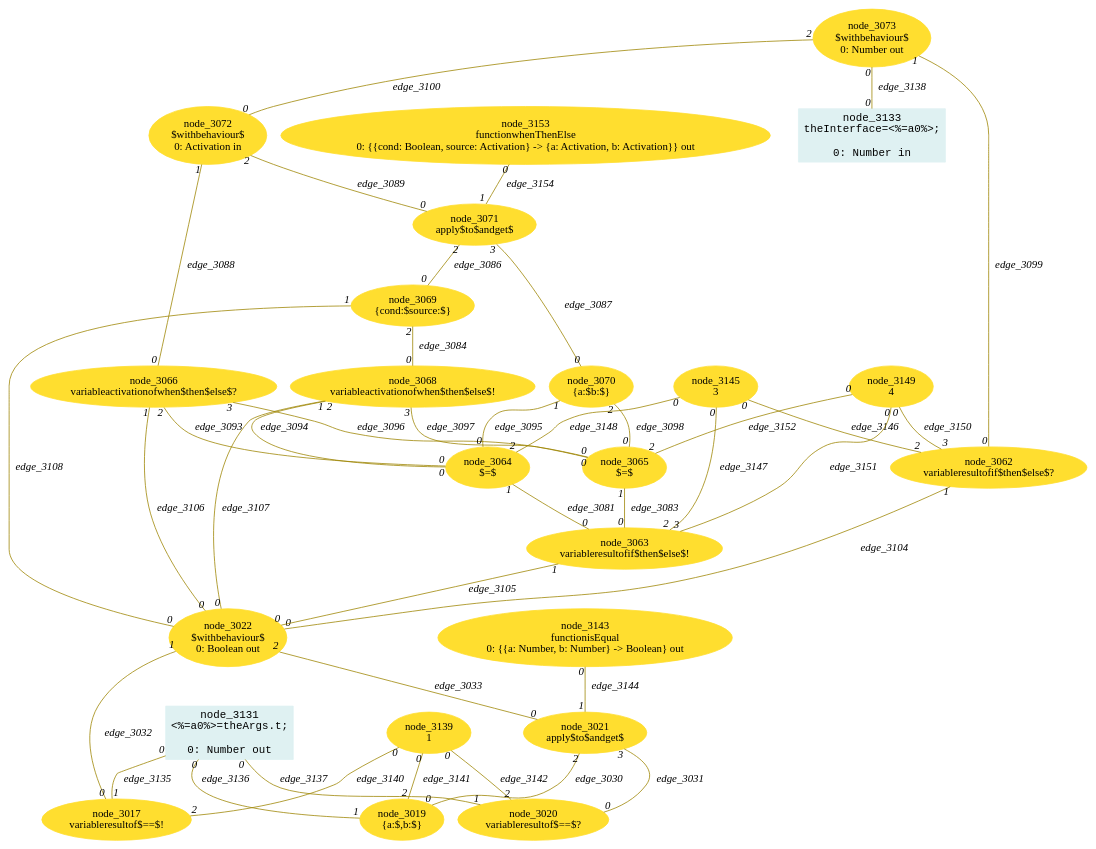
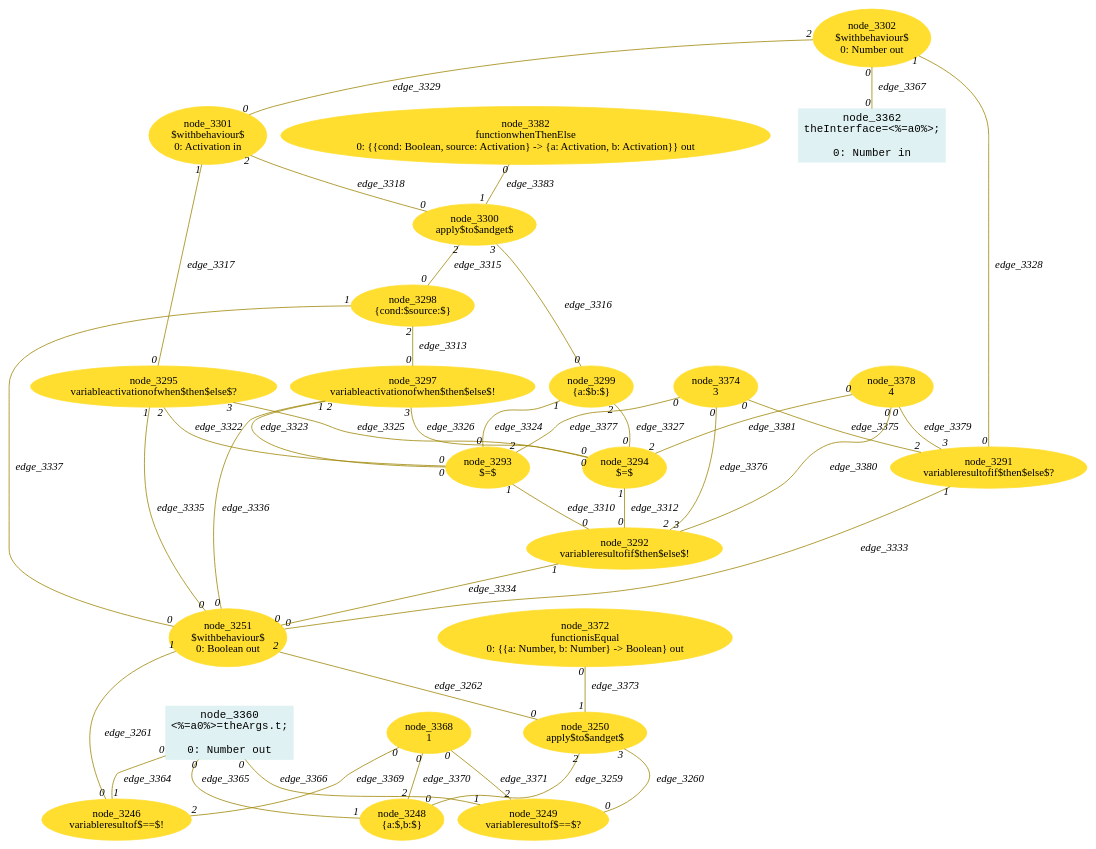
Before and after one commit to crubier/lidl: the diagram in lidl-core/example/ok/definitionofIfThenElse/dot/13referentialTransparencyInstances1.dot, drawn with Graphviz. The commit also changed 2396 other files, not shown here.

Commit message:
ok but make flow does not work

```diff
--- a/lidl-core/example/ok/definitionofIfThenElse/dot/13referentialTransparencyInstances1.dot
+++ b/lidl-core/example/ok/definitionofIfThenElse/dot/13referentialTransparencyInstances1.dot
@@ -1,111 +1,111 @@
-digraph g{node_3017 [shape="ellipse", style="filled", color="#ffde2f", fontname="Times", label="node_3017
+digraph g{node_3246 [shape="ellipse", style="filled", color="#ffde2f", fontname="Times", label="node_3246
 variableresultof$==$!
 " ]
-node_3019 [shape="ellipse", style="filled", color="#ffde2f", fontname="Times", label="node_3019
+node_3248 [shape="ellipse", style="filled", color="#ffde2f", fontname="Times", label="node_3248
 {a:$,b:$}
 " ]
-node_3020 [shape="ellipse", style="filled", color="#ffde2f", fontname="Times", label="node_3020
+node_3249 [shape="ellipse", style="filled", color="#ffde2f", fontname="Times", label="node_3249
 variableresultof$==$?
 " ]
-node_3021 [shape="ellipse", style="filled", color="#ffde2f", fontname="Times", label="node_3021
+node_3250 [shape="ellipse", style="filled", color="#ffde2f", fontname="Times", label="node_3250
 apply$to$andget$
 " ]
-node_3022 [shape="ellipse", style="filled", color="#ffde2f", fontname="Times", label="node_3022
+node_3251 [shape="ellipse", style="filled", color="#ffde2f", fontname="Times", label="node_3251
 $withbehaviour$
 0: Boolean out" ]
-node_3062 [shape="ellipse", style="filled", color="#ffde2f", fontname="Times", label="node_3062
+node_3291 [shape="ellipse", style="filled", color="#ffde2f", fontname="Times", label="node_3291
 variableresultofif$then$else$?
 " ]
-node_3063 [shape="ellipse", style="filled", color="#ffde2f", fontname="Times", label="node_3063
+node_3292 [shape="ellipse", style="filled", color="#ffde2f", fontname="Times", label="node_3292
 variableresultofif$then$else$!
 " ]
-node_3064 [shape="ellipse", style="filled", color="#ffde2f", fontname="Times", label="node_3064
+node_3293 [shape="ellipse", style="filled", color="#ffde2f", fontname="Times", label="node_3293
 $=$
 " ]
-node_3065 [shape="ellipse", style="filled", color="#ffde2f", fontname="Times", label="node_3065
+node_3294 [shape="ellipse", style="filled", color="#ffde2f", fontname="Times", label="node_3294
 $=$
 " ]
-node_3066 [shape="ellipse", style="filled", color="#ffde2f", fontname="Times", label="node_3066
+node_3295 [shape="ellipse", style="filled", color="#ffde2f", fontname="Times", label="node_3295
 variableactivationofwhen$then$else$?
 " ]
-node_3068 [shape="ellipse", style="filled", color="#ffde2f", fontname="Times", label="node_3068
+node_3297 [shape="ellipse", style="filled", color="#ffde2f", fontname="Times", label="node_3297
 variableactivationofwhen$then$else$!
 " ]
-node_3069 [shape="ellipse", style="filled", color="#ffde2f", fontname="Times", label="node_3069
+node_3298 [shape="ellipse", style="filled", color="#ffde2f", fontname="Times", label="node_3298
 {cond:$source:$}
 " ]
-node_3070 [shape="ellipse", style="filled", color="#ffde2f", fontname="Times", label="node_3070
+node_3299 [shape="ellipse", style="filled", color="#ffde2f", fontname="Times", label="node_3299
 {a:$b:$}
 " ]
-node_3071 [shape="ellipse", style="filled", color="#ffde2f", fontname="Times", label="node_3071
+node_3300 [shape="ellipse", style="filled", color="#ffde2f", fontname="Times", label="node_3300
 apply$to$andget$
 " ]
-node_3072 [shape="ellipse", style="filled", color="#ffde2f", fontname="Times", label="node_3072
+node_3301 [shape="ellipse", style="filled", color="#ffde2f", fontname="Times", label="node_3301
 $withbehaviour$
 0: Activation in" ]
-node_3073 [shape="ellipse", style="filled", color="#ffde2f", fontname="Times", label="node_3073
+node_3302 [shape="ellipse", style="filled", color="#ffde2f", fontname="Times", label="node_3302
 $withbehaviour$
 0: Number out" ]
-node_3131 [shape="box", style="filled", color="#dff1f2", fontname="Courier", label="node_3131
+node_3360 [shape="box", style="filled", color="#dff1f2", fontname="Courier", label="node_3360
 <%=a0%>=theArgs.t;
 
 0: Number out" ]
-node_3133 [shape="box", style="filled", color="#dff1f2", fontname="Courier", label="node_3133
+node_3362 [shape="box", style="filled", color="#dff1f2", fontname="Courier", label="node_3362
 theInterface=<%=a0%>;
 
 0: Number in" ]
-node_3139 [shape="ellipse", style="filled", color="#ffde2f", fontname="Times", label="node_3139
+node_3368 [shape="ellipse", style="filled", color="#ffde2f", fontname="Times", label="node_3368
 1
 " ]
-node_3143 [shape="ellipse", style="filled", color="#ffde2f", fontname="Times", label="node_3143
+node_3372 [shape="ellipse", style="filled", color="#ffde2f", fontname="Times", label="node_3372
 functionisEqual
 0: {{a: Number, b: Number} -> Boolean} out" ]
-node_3145 [shape="ellipse", style="filled", color="#ffde2f", fontname="Times", label="node_3145
+node_3374 [shape="ellipse", style="filled", color="#ffde2f", fontname="Times", label="node_3374
 3
 " ]
-node_3149 [shape="ellipse", style="filled", color="#ffde2f", fontname="Times", label="node_3149
+node_3378 [shape="ellipse", style="filled", color="#ffde2f", fontname="Times", label="node_3378
 4
 " ]
-node_3153 [shape="ellipse", style="filled", color="#ffde2f", fontname="Times", label="node_3153
+node_3382 [shape="ellipse", style="filled", color="#ffde2f", fontname="Times", label="node_3382
 functionwhenThenElse
 0: {{cond: Boolean, source: Activation} -> {a: Activation, b: Activation}} out" ]
-node_3021 -> node_3019 [dir=none, arrowHead=none, fontname="Times-Italic", arrowsize=1, color="#9d8400", label="edge_3030",  headlabel="0", taillabel="2" ]
-node_3021 -> node_3020 [dir=none, arrowHead=none, fontname="Times-Italic", arrowsize=1, color="#9d8400", label="edge_3031",  headlabel="0", taillabel="3" ]
-node_3022 -> node_3017 [dir=none, arrowHead=none, fontname="Times-Italic", arrowsize=1, color="#9d8400", label="edge_3032",  headlabel="0", taillabel="1" ]
-node_3022 -> node_3021 [dir=none, arrowHead=none, fontname="Times-Italic", arrowsize=1, color="#9d8400", label="edge_3033",  headlabel="0", taillabel="2" ]
-node_3064 -> node_3063 [dir=none, arrowHead=none, fontname="Times-Italic", arrowsize=1, color="#9d8400", label="edge_3081",  headlabel="0", taillabel="1" ]
-node_3065 -> node_3063 [dir=none, arrowHead=none, fontname="Times-Italic", arrowsize=1, color="#9d8400", label="edge_3083",  headlabel="0", taillabel="1" ]
-node_3069 -> node_3068 [dir=none, arrowHead=none, fontname="Times-Italic", arrowsize=1, color="#9d8400", label="edge_3084",  headlabel="0", taillabel="2" ]
-node_3071 -> node_3069 [dir=none, arrowHead=none, fontname="Times-Italic", arrowsize=1, color="#9d8400", label="edge_3086",  headlabel="0", taillabel="2" ]
-node_3071 -> node_3070 [dir=none, arrowHead=none, fontname="Times-Italic", arrowsize=1, color="#9d8400", label="edge_3087",  headlabel="0", taillabel="3" ]
-node_3072 -> node_3066 [dir=none, arrowHead=none, fontname="Times-Italic", arrowsize=1, color="#9d8400", label="edge_3088",  headlabel="0", taillabel="1" ]
-node_3072 -> node_3071 [dir=none, arrowHead=none, fontname="Times-Italic", arrowsize=1, color="#9d8400", label="edge_3089",  headlabel="0", taillabel="2" ]
-node_3066 -> node_3064 [dir=none, arrowHead=none, fontname="Times-Italic", arrowsize=1, color="#9d8400", label="edge_3093",  headlabel="0", taillabel="2" ]
-node_3068 -> node_3064 [dir=none, arrowHead=none, fontname="Times-Italic", arrowsize=1, color="#9d8400", label="edge_3094",  headlabel="0", taillabel="2" ]
-node_3070 -> node_3064 [dir=none, arrowHead=none, fontname="Times-Italic", arrowsize=1, color="#9d8400", label="edge_3095",  headlabel="0", taillabel="1" ]
-node_3066 -> node_3065 [dir=none, arrowHead=none, fontname="Times-Italic", arrowsize=1, color="#9d8400", label="edge_3096",  headlabel="0", taillabel="3" ]
-node_3068 -> node_3065 [dir=none, arrowHead=none, fontname="Times-Italic", arrowsize=1, color="#9d8400", label="edge_3097",  headlabel="0", taillabel="3" ]
-node_3070 -> node_3065 [dir=none, arrowHead=none, fontname="Times-Italic", arrowsize=1, color="#9d8400", label="edge_3098",  headlabel="0", taillabel="2" ]
-node_3073 -> node_3062 [dir=none, arrowHead=none, fontname="Times-Italic", arrowsize=1, color="#9d8400", label="edge_3099",  headlabel="0", taillabel="1" ]
-node_3073 -> node_3072 [dir=none, arrowHead=none, fontname="Times-Italic", arrowsize=1, color="#9d8400", label="edge_3100",  headlabel="0", taillabel="2" ]
-node_3062 -> node_3022 [dir=none, arrowHead=none, fontname="Times-Italic", arrowsize=1, color="#9d8400", label="edge_3104",  headlabel="0", taillabel="1" ]
-node_3063 -> node_3022 [dir=none, arrowHead=none, fontname="Times-Italic", arrowsize=1, color="#9d8400", label="edge_3105",  headlabel="0", taillabel="1" ]
-node_3066 -> node_3022 [dir=none, arrowHead=none, fontname="Times-Italic", arrowsize=1, color="#9d8400", label="edge_3106",  headlabel="0", taillabel="1" ]
-node_3068 -> node_3022 [dir=none, arrowHead=none, fontname="Times-Italic", arrowsize=1, color="#9d8400", label="edge_3107",  headlabel="0", taillabel="1" ]
-node_3069 -> node_3022 [dir=none, arrowHead=none, fontname="Times-Italic", arrowsize=1, color="#9d8400", label="edge_3108",  headlabel="0", taillabel="1" ]
-node_3131 -> node_3017 [dir=none, arrowHead=none, fontname="Times-Italic", arrowsize=1, color="#9d8400", label="edge_3135",  headlabel="1", taillabel="0" ]
-node_3131 -> node_3019 [dir=none, arrowHead=none, fontname="Times-Italic", arrowsize=1, color="#9d8400", label="edge_3136",  headlabel="1", taillabel="0" ]
-node_3131 -> node_3020 [dir=none, arrowHead=none, fontname="Times-Italic", arrowsize=1, color="#9d8400", label="edge_3137",  headlabel="1", taillabel="0" ]
-node_3073 -> node_3133 [dir=none, arrowHead=none, fontname="Times-Italic", arrowsize=1, color="#9d8400", label="edge_3138",  headlabel="0", taillabel="0" ]
-node_3139 -> node_3017 [dir=none, arrowHead=none, fontname="Times-Italic", arrowsize=1, color="#9d8400", label="edge_3140",  headlabel="2", taillabel="0" ]
-node_3139 -> node_3019 [dir=none, arrowHead=none, fontname="Times-Italic", arrowsize=1, color="#9d8400", label="edge_3141",  headlabel="2", taillabel="0" ]
-node_3139 -> node_3020 [dir=none, arrowHead=none, fontname="Times-Italic", arrowsize=1, color="#9d8400", label="edge_3142",  headlabel="2", taillabel="0" ]
-node_3143 -> node_3021 [dir=none, arrowHead=none, fontname="Times-Italic", arrowsize=1, color="#9d8400", label="edge_3144",  headlabel="1", taillabel="0" ]
-node_3145 -> node_3062 [dir=none, arrowHead=none, fontname="Times-Italic", arrowsize=1, color="#9d8400", label="edge_3146",  headlabel="2", taillabel="0" ]
-node_3145 -> node_3063 [dir=none, arrowHead=none, fontname="Times-Italic", arrowsize=1, color="#9d8400", label="edge_3147",  headlabel="2", taillabel="0" ]
-node_3145 -> node_3064 [dir=none, arrowHead=none, fontname="Times-Italic", arrowsize=1, color="#9d8400", label="edge_3148",  headlabel="2", taillabel="0" ]
-node_3149 -> node_3062 [dir=none, arrowHead=none, fontname="Times-Italic", arrowsize=1, color="#9d8400", label="edge_3150",  headlabel="3", taillabel="0" ]
-node_3149 -> node_3063 [dir=none, arrowHead=none, fontname="Times-Italic", arrowsize=1, color="#9d8400", label="edge_3151",  headlabel="3", taillabel="0" ]
-node_3149 -> node_3065 [dir=none, arrowHead=none, fontname="Times-Italic", arrowsize=1, color="#9d8400", label="edge_3152",  headlabel="2", taillabel="0" ]
-node_3153 -> node_3071 [dir=none, arrowHead=none, fontname="Times-Italic", arrowsize=1, color="#9d8400", label="edge_3154",  headlabel="1", taillabel="0" ]
+node_3250 -> node_3248 [dir=none, arrowHead=none, fontname="Times-Italic", arrowsize=1, color="#9d8400", label="edge_3259",  headlabel="0", taillabel="2" ]
+node_3250 -> node_3249 [dir=none, arrowHead=none, fontname="Times-Italic", arrowsize=1, color="#9d8400", label="edge_3260",  headlabel="0", taillabel="3" ]
+node_3251 -> node_3246 [dir=none, arrowHead=none, fontname="Times-Italic", arrowsize=1, color="#9d8400", label="edge_3261",  headlabel="0", taillabel="1" ]
+node_3251 -> node_3250 [dir=none, arrowHead=none, fontname="Times-Italic", arrowsize=1, color="#9d8400", label="edge_3262",  headlabel="0", taillabel="2" ]
+node_3293 -> node_3292 [dir=none, arrowHead=none, fontname="Times-Italic", arrowsize=1, color="#9d8400", label="edge_3310",  headlabel="0", taillabel="1" ]
+node_3294 -> node_3292 [dir=none, arrowHead=none, fontname="Times-Italic", arrowsize=1, color="#9d8400", label="edge_3312",  headlabel="0", taillabel="1" ]
+node_3298 -> node_3297 [dir=none, arrowHead=none, fontname="Times-Italic", arrowsize=1, color="#9d8400", label="edge_3313",  headlabel="0", taillabel="2" ]
+node_3300 -> node_3298 [dir=none, arrowHead=none, fontname="Times-Italic", arrowsize=1, color="#9d8400", label="edge_3315",  headlabel="0", taillabel="2" ]
+node_3300 -> node_3299 [dir=none, arrowHead=none, fontname="Times-Italic", arrowsize=1, color="#9d8400", label="edge_3316",  headlabel="0", taillabel="3" ]
+node_3301 -> node_3295 [dir=none, arrowHead=none, fontname="Times-Italic", arrowsize=1, color="#9d8400", label="edge_3317",  headlabel="0", taillabel="1" ]
+node_3301 -> node_3300 [dir=none, arrowHead=none, fontname="Times-Italic", arrowsize=1, color="#9d8400", label="edge_3318",  headlabel="0", taillabel="2" ]
+node_3295 -> node_3293 [dir=none, arrowHead=none, fontname="Times-Italic", arrowsize=1, color="#9d8400", label="edge_3322",  headlabel="0", taillabel="2" ]
+node_3297 -> node_3293 [dir=none, arrowHead=none, fontname="Times-Italic", arrowsize=1, color="#9d8400", label="edge_3323",  headlabel="0", taillabel="2" ]
+node_3299 -> node_3293 [dir=none, arrowHead=none, fontname="Times-Italic", arrowsize=1, color="#9d8400", label="edge_3324",  headlabel="0", taillabel="1" ]
+node_3295 -> node_3294 [dir=none, arrowHead=none, fontname="Times-Italic", arrowsize=1, color="#9d8400", label="edge_3325",  headlabel="0", taillabel="3" ]
+node_3297 -> node_3294 [dir=none, arrowHead=none, fontname="Times-Italic", arrowsize=1, color="#9d8400", label="edge_3326",  headlabel="0", taillabel="3" ]
+node_3299 -> node_3294 [dir=none, arrowHead=none, fontname="Times-Italic", arrowsize=1, color="#9d8400", label="edge_3327",  headlabel="0", taillabel="2" ]
+node_3302 -> node_3291 [dir=none, arrowHead=none, fontname="Times-Italic", arrowsize=1, color="#9d8400", label="edge_3328",  headlabel="0", taillabel="1" ]
+node_3302 -> node_3301 [dir=none, arrowHead=none, fontname="Times-Italic", arrowsize=1, color="#9d8400", label="edge_3329",  headlabel="0", taillabel="2" ]
+node_3291 -> node_3251 [dir=none, arrowHead=none, fontname="Times-Italic", arrowsize=1, color="#9d8400", label="edge_3333",  headlabel="0", taillabel="1" ]
+node_3292 -> node_3251 [dir=none, arrowHead=none, fontname="Times-Italic", arrowsize=1, color="#9d8400", label="edge_3334",  headlabel="0", taillabel="1" ]
+node_3295 -> node_3251 [dir=none, arrowHead=none, fontname="Times-Italic", arrowsize=1, color="#9d8400", label="edge_3335",  headlabel="0", taillabel="1" ]
+node_3297 -> node_3251 [dir=none, arrowHead=none, fontname="Times-Italic", arrowsize=1, color="#9d8400", label="edge_3336",  headlabel="0", taillabel="1" ]
+node_3298 -> node_3251 [dir=none, arrowHead=none, fontname="Times-Italic", arrowsize=1, color="#9d8400", label="edge_3337",  headlabel="0", taillabel="1" ]
+node_3360 -> node_3246 [dir=none, arrowHead=none, fontname="Times-Italic", arrowsize=1, color="#9d8400", label="edge_3364",  headlabel="1", taillabel="0" ]
+node_3360 -> node_3248 [dir=none, arrowHead=none, fontname="Times-Italic", arrowsize=1, color="#9d8400", label="edge_3365",  headlabel="1", taillabel="0" ]
+node_3360 -> node_3249 [dir=none, arrowHead=none, fontname="Times-Italic", arrowsize=1, color="#9d8400", label="edge_3366",  headlabel="1", taillabel="0" ]
+node_3302 -> node_3362 [dir=none, arrowHead=none, fontname="Times-Italic", arrowsize=1, color="#9d8400", label="edge_3367",  headlabel="0", taillabel="0" ]
+node_3368 -> node_3246 [dir=none, arrowHead=none, fontname="Times-Italic", arrowsize=1, color="#9d8400", label="edge_3369",  headlabel="2", taillabel="0" ]
+node_3368 -> node_3248 [dir=none, arrowHead=none, fontname="Times-Italic", arrowsize=1, color="#9d8400", label="edge_3370",  headlabel="2", taillabel="0" ]
+node_3368 -> node_3249 [dir=none, arrowHead=none, fontname="Times-Italic", arrowsize=1, color="#9d8400", label="edge_3371",  headlabel="2", taillabel="0" ]
+node_3372 -> node_3250 [dir=none, arrowHead=none, fontname="Times-Italic", arrowsize=1, color="#9d8400", label="edge_3373",  headlabel="1", taillabel="0" ]
+node_3374 -> node_3291 [dir=none, arrowHead=none, fontname="Times-Italic", arrowsize=1, color="#9d8400", label="edge_3375",  headlabel="2", taillabel="0" ]
+node_3374 -> node_3292 [dir=none, arrowHead=none, fontname="Times-Italic", arrowsize=1, color="#9d8400", label="edge_3376",  headlabel="2", taillabel="0" ]
+node_3374 -> node_3293 [dir=none, arrowHead=none, fontname="Times-Italic", arrowsize=1, color="#9d8400", label="edge_3377",  headlabel="2", taillabel="0" ]
+node_3378 -> node_3291 [dir=none, arrowHead=none, fontname="Times-Italic", arrowsize=1, color="#9d8400", label="edge_3379",  headlabel="3", taillabel="0" ]
+node_3378 -> node_3292 [dir=none, arrowHead=none, fontname="Times-Italic", arrowsize=1, color="#9d8400", label="edge_3380",  headlabel="3", taillabel="0" ]
+node_3378 -> node_3294 [dir=none, arrowHead=none, fontname="Times-Italic", arrowsize=1, color="#9d8400", label="edge_3381",  headlabel="2", taillabel="0" ]
+node_3382 -> node_3300 [dir=none, arrowHead=none, fontname="Times-Italic", arrowsize=1, color="#9d8400", label="edge_3383",  headlabel="1", taillabel="0" ]
 }
```
